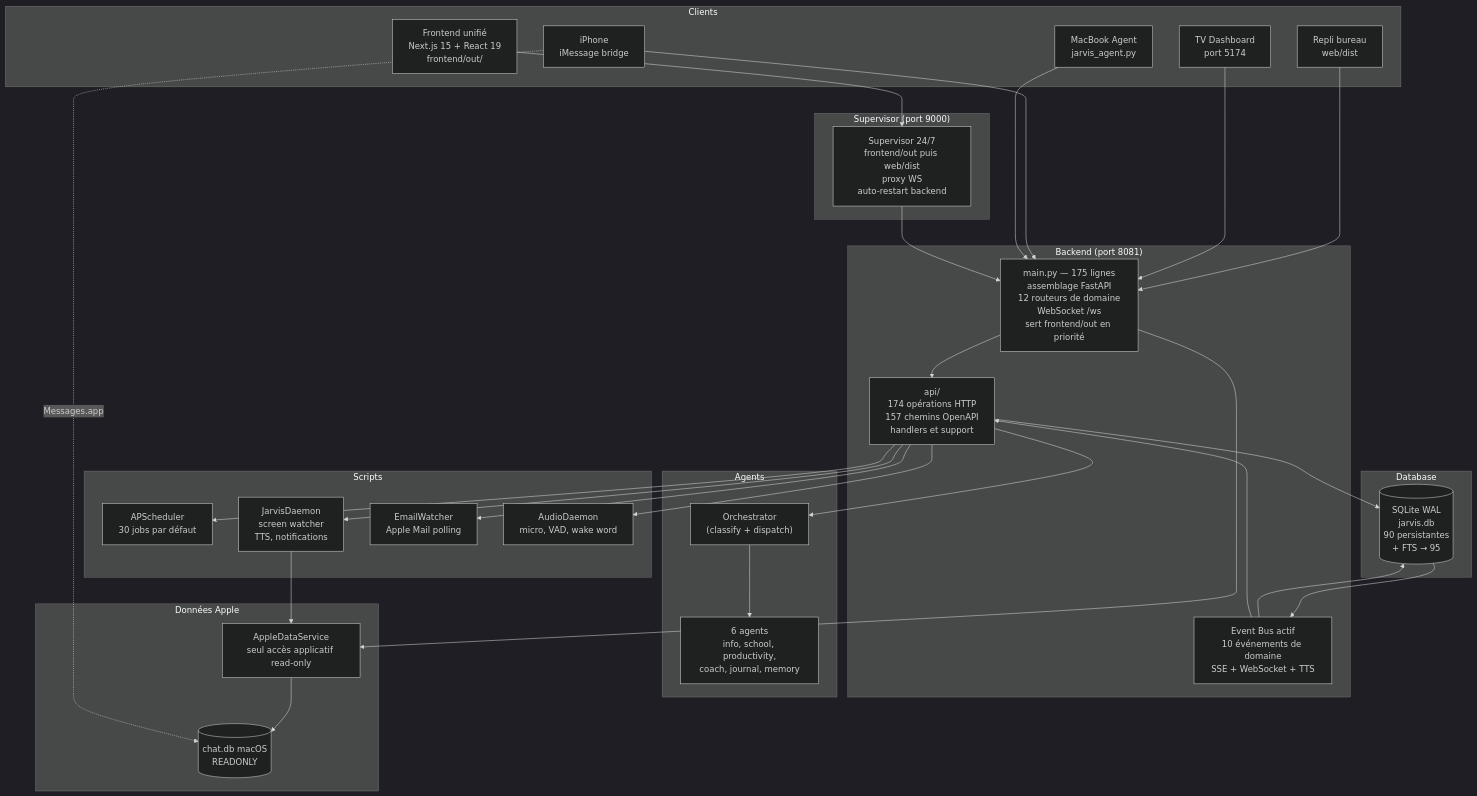
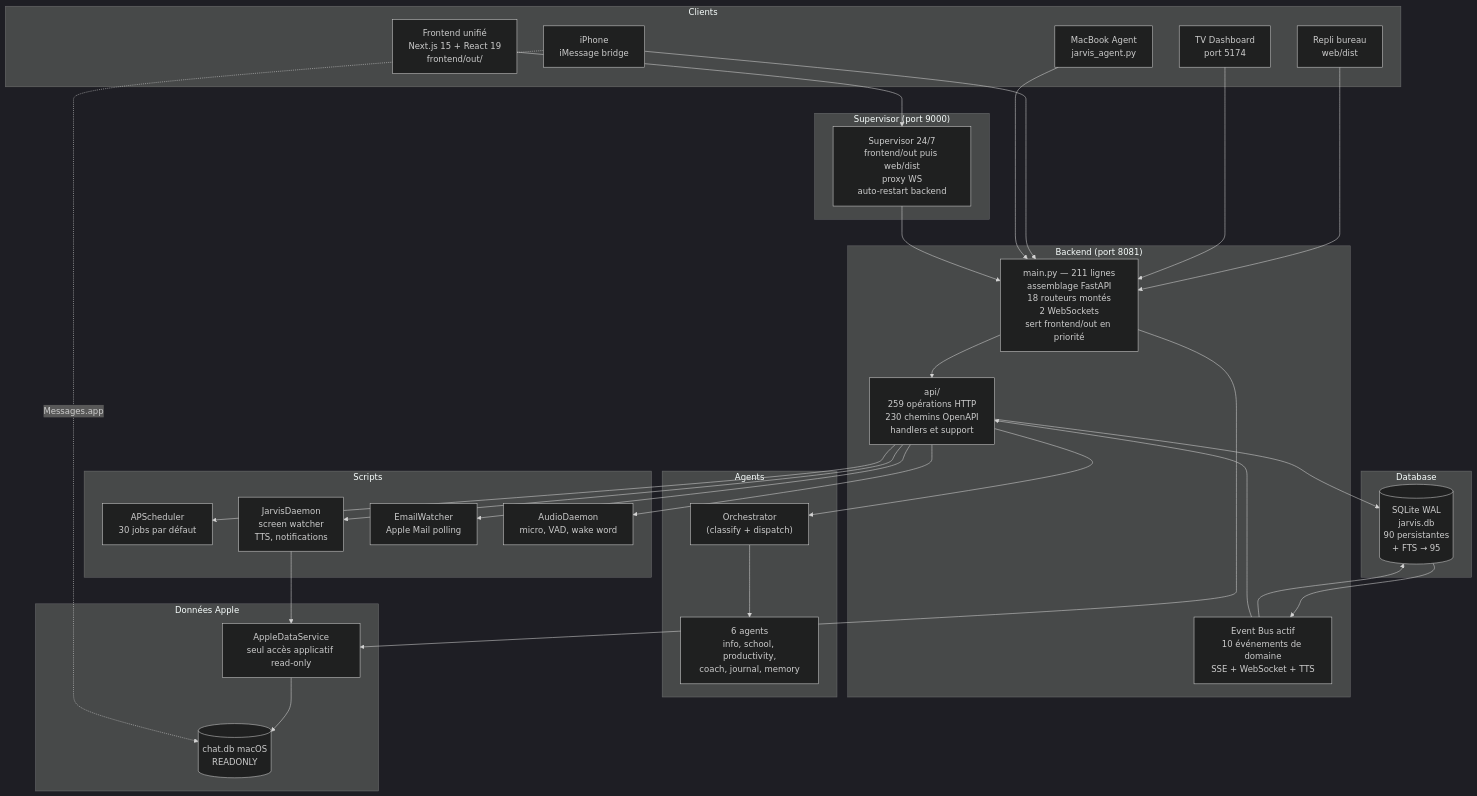
The first of 2 diagrams in Architecture/INDEX.md (AVTAVANTTOUT2/JarvisAPI), drawn with Mermaid (dark theme) before and after one commit. The commit also changed other lines of this file and 19 other files, not shown here.

Commit message:
docs(architecture): enforce canonical API structure

````diff
--- a/Architecture/INDEX.md
+++ b/Architecture/INDEX.md
@@ -111,63 +112,63 @@
 ```mermaid
 graph TB
     subgraph "Clients"
         FRONT["Frontend unifié<br/>Next.js 15 + React 19<br/>frontend/out/"]
         LEGACY["Repli bureau<br/>web/dist"]
         TV["TV Dashboard<br/>port 5174"]
         IMESSAGE["iPhone<br/>iMessage bridge"]
         AGENT["MacBook Agent<br/>jarvis_agent.py"]
     end
 
     subgraph "Supervisor (port 9000)"
         SUP["Supervisor 24/7<br/>frontend/out puis web/dist<br/>proxy WS<br/>auto-restart backend"]
     end
 
     subgraph "Backend (port 8081)"
-        MAIN["main.py — 175 lignes<br/>assemblage FastAPI<br/>12 routeurs de domaine<br/>WebSocket /ws<br/>sert frontend/out en priorité"]
-        API["api/<br/>174 opérations HTTP<br/>157 chemins OpenAPI<br/>handlers et support"]
+        MAIN["main.py — 211 lignes<br/>assemblage FastAPI<br/>18 routeurs montés<br/>2 WebSockets<br/>sert frontend/out en priorité"]
+        API["api/<br/>259 opérations HTTP<br/>230 chemins OpenAPI<br/>handlers et support"]
         BUS["Event Bus actif<br/>10 événements de domaine<br/>SSE + WebSocket + TTS"]
     end
 
     subgraph "Agents"
         ORCH["Orchestrator<br/>(classify + dispatch)"]
         AG["6 agents<br/>info, school, productivity,<br/>coach, journal, memory"]
     end
 
     subgraph "Database"
         DB[(SQLite WAL<br/>jarvis.db<br/>90 persistantes<br/>+ FTS → 95)]
     end
 
     subgraph "Données Apple"
         APPLE["AppleDataService<br/>seul accès applicatif read-only"]
         CHATDB[(chat.db macOS<br/>READONLY)]
     end
 
     subgraph "Scripts"
         SCHED["APScheduler<br/>30 jobs par défaut"]
         DAEMON["JarvisDaemon<br/>screen watcher<br/>TTS, notifications"]
         EMAILW["EmailWatcher<br/>Apple Mail polling"]
         AUDIOD["AudioDaemon<br/>micro, VAD, wake word"]
     end
 
     FRONT --> SUP
     LEGACY --> MAIN
     TV --> MAIN
     IMESSAGE --> MAIN
     AGENT --> MAIN
     SUP --> MAIN
     MAIN --> API
     API --> ORCH
     ORCH --> AG
     API --> DB
     DB --> BUS
     BUS --> DB
     BUS --> API
     API --> SCHED
     API --> DAEMON
     API --> EMAILW
     API --> AUDIOD
     MAIN --> APPLE
     DAEMON --> APPLE
     APPLE --> CHATDB
     IMESSAGE -. "Messages.app" .-> CHATDB
 ```
````
